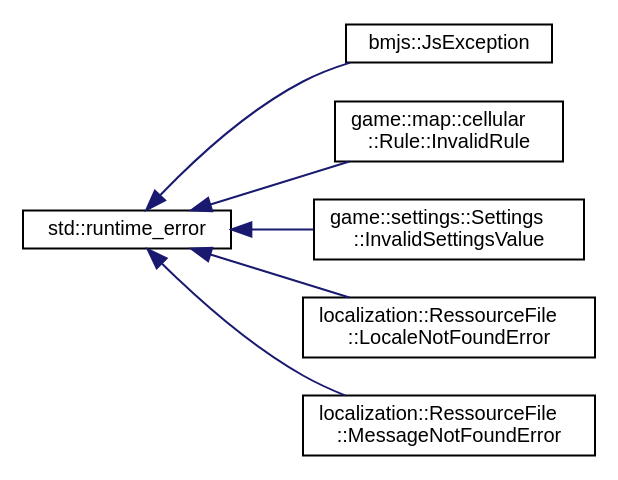
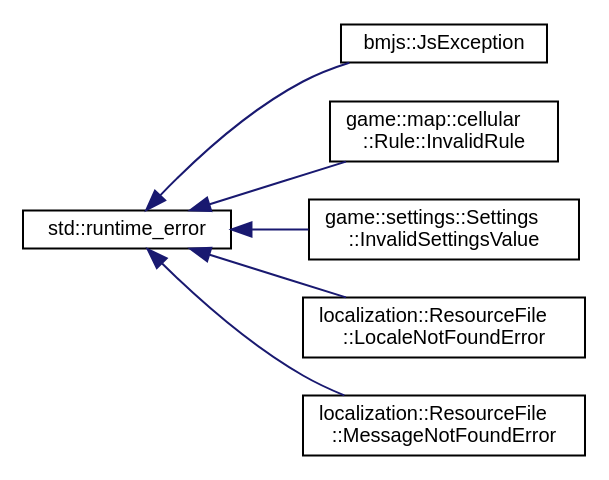
The diagram in inherit_graph_60.dot (MisterPeModder/Bomberman-Global-Offensive), drawn with Graphviz before and after one commit. The commit also changed 348 other files, not shown here.

```diff
--- a/inherit_graph_60.dot
+++ b/inherit_graph_60.dot
@@ -1,18 +1,18 @@
 digraph "Graphical Class Hierarchy"
 {
  // LATEX_PDF_SIZE
   edge [fontname="Helvetica",fontsize="10",labelfontname="Helvetica",labelfontsize="10"];
   node [fontname="Helvetica",fontsize="10",shape=record];
   rankdir="LR";
   Node0 [label="std::runtime_error",height=0.2,width=0.4,color="black", fillcolor="white", style="filled",URL="/home/runner/work/Bomberman-Global-Offensive/Bomberman-Global-Offensive/doc/external/cppreference-doxygen-web.tag.xml$cpp/error/runtime_error.html",tooltip=" "];
   Node0 -> Node1 [dir="back",color="midnightblue",fontsize="10",style="solid",fontname="Helvetica"];
   Node1 [label="bmjs::JsException",height=0.2,width=0.4,color="black", fillcolor="white", style="filled",URL="$classbmjs_1_1_js_exception.html",tooltip="Exception thrown by invocations of bmjs::Function."];
   Node0 -> Node2 [dir="back",color="midnightblue",fontsize="10",style="solid",fontname="Helvetica"];
   Node2 [label="game::map::cellular\l::Rule::InvalidRule",height=0.2,width=0.4,color="black", fillcolor="white", style="filled",URL="$classgame_1_1map_1_1cellular_1_1_rule_1_1_invalid_rule.html",tooltip="Exception thrown when an error occured in the rule parsing."];
   Node0 -> Node3 [dir="back",color="midnightblue",fontsize="10",style="solid",fontname="Helvetica"];
   Node3 [label="game::settings::Settings\l::InvalidSettingsValue",height=0.2,width=0.4,color="black", fillcolor="white", style="filled",URL="$classgame_1_1settings_1_1_settings_1_1_invalid_settings_value.html",tooltip="Exception for invalid values in settings."];
   Node0 -> Node4 [dir="back",color="midnightblue",fontsize="10",style="solid",fontname="Helvetica"];
-  Node4 [label="localization::RessourceFile\l::LocaleNotFoundError",height=0.2,width=0.4,color="black", fillcolor="white", style="filled",URL="$classlocalization_1_1_ressource_file_1_1_locale_not_found_error.html",tooltip="Exception thrown when the locale file can't be found."];
+  Node4 [label="localization::ResourceFile\l::LocaleNotFoundError",height=0.2,width=0.4,color="black", fillcolor="white", style="filled",URL="$classlocalization_1_1_resource_file_1_1_locale_not_found_error.html",tooltip="Exception thrown when the locale file can't be found."];
   Node0 -> Node5 [dir="back",color="midnightblue",fontsize="10",style="solid",fontname="Helvetica"];
-  Node5 [label="localization::RessourceFile\l::MessageNotFoundError",height=0.2,width=0.4,color="black", fillcolor="white", style="filled",URL="$classlocalization_1_1_ressource_file_1_1_message_not_found_error.html",tooltip="Exception thrown when a message in a locale can't be found."];
+  Node5 [label="localization::ResourceFile\l::MessageNotFoundError",height=0.2,width=0.4,color="black", fillcolor="white", style="filled",URL="$classlocalization_1_1_resource_file_1_1_message_not_found_error.html",tooltip="Exception thrown when a message in a locale can't be found."];
 }
```
